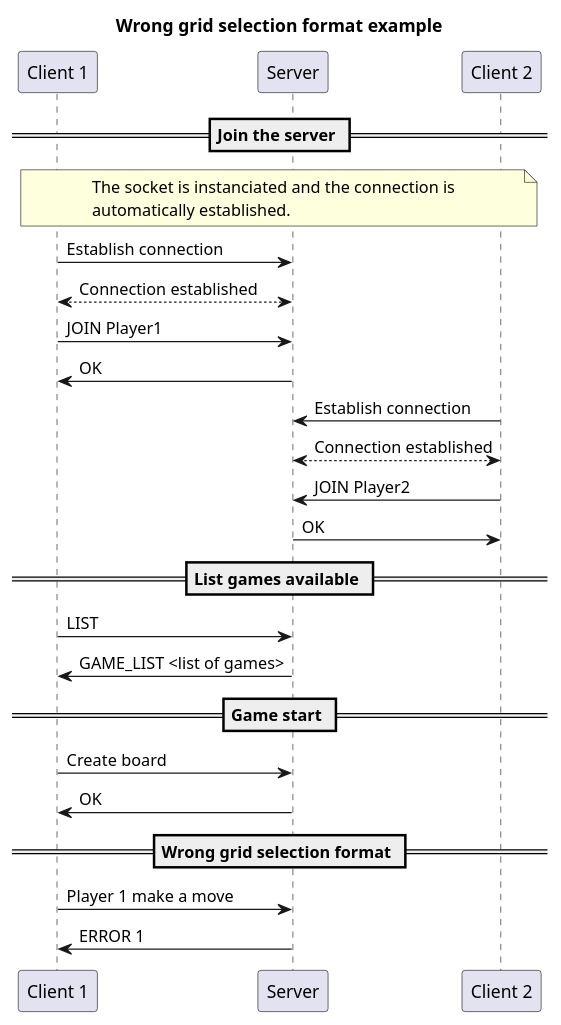
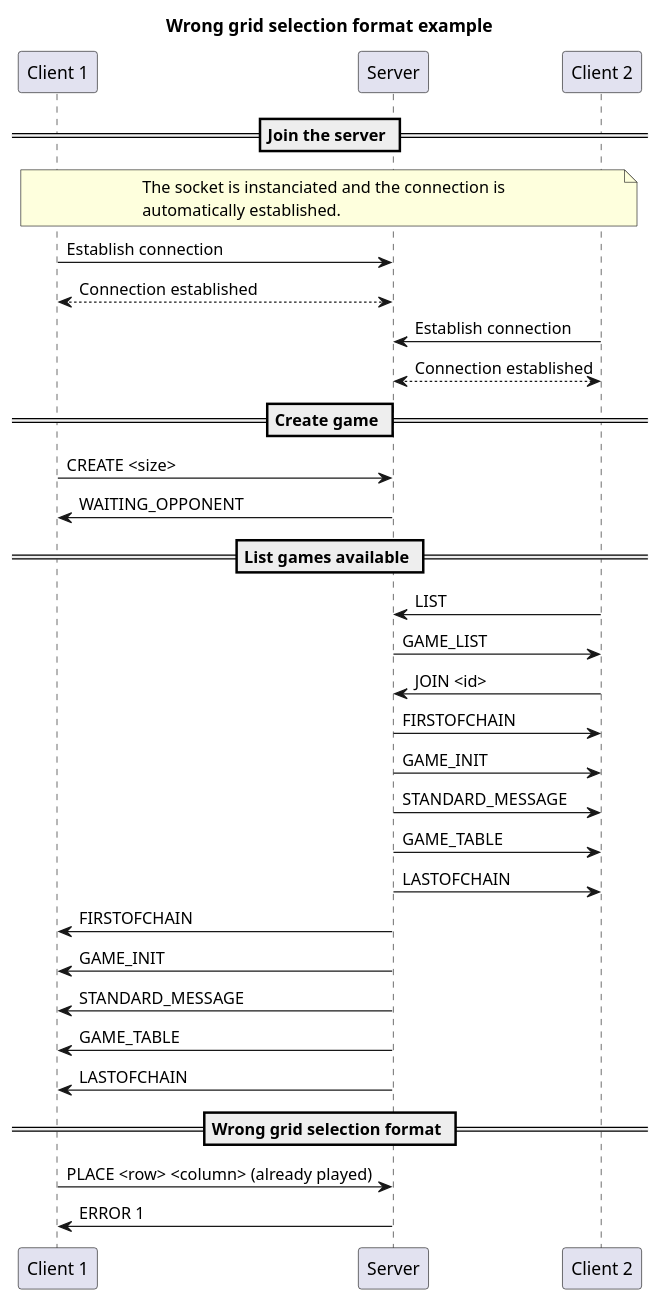
One commit to AlexB-HEIG/DAI-Practical-work-2 changed the diagram in doc/diagrams/format_error_example.puml. Above: the diagram before and after it, drawn with PlantUML. The commit also changed 30 other files, not shown here.

Commit message:
rewrite message section and recreation of diagrams

```diff
--- a/doc/diagrams/format_error_example.puml
+++ b/doc/diagrams/format_error_example.puml
@@ -1,43 +1,51 @@
 @startuml
 
 title "Wrong grid selection format example"
 
 participant "Client 1" as c1
 participant "Server" as s
 participant "Client 2" as c2
 
 == Join the server ==
 
 note over c1, c2
 The socket is instanciated and the connection is
 automatically established.
 end note
 
 c1->s : Establish connection
 c1<-->s : Connection established
 
-c1->s: JOIN Player1
-s->c1: OK
-
 c2->s : Establish connection
 c2<-->s : Connection established
 
-c2->s: JOIN Player2
-s->c2: OK
+
+== Create game ==
+
+c1->s: CREATE <size>
+s->c1: WAITING_OPPONENT
 
 == List games available ==
 
-c1->s: LIST
-s->c1: GAME_LIST <list of games>
+c2->s: LIST
+s->c2: GAME_LIST
 
-== Game start ==
+c2->s: JOIN <id>
 
-c1->s : Create board
-s->c1: OK
+s->c2: FIRSTOFCHAIN
+s->c2: GAME_INIT
+s->c2: STANDARD_MESSAGE
+s->c2: GAME_TABLE
+s->c2: LASTOFCHAIN
 
+s->c1: FIRSTOFCHAIN
+s->c1: GAME_INIT
+s->c1: STANDARD_MESSAGE
+s->c1: GAME_TABLE
+s->c1: LASTOFCHAIN
 == Wrong grid selection format ==
-c1->s: Player 1 make a move
+c1->s: PLACE <row> <column> (already played)
 s->c1: ERROR 1
 
 
 @enduml
```
